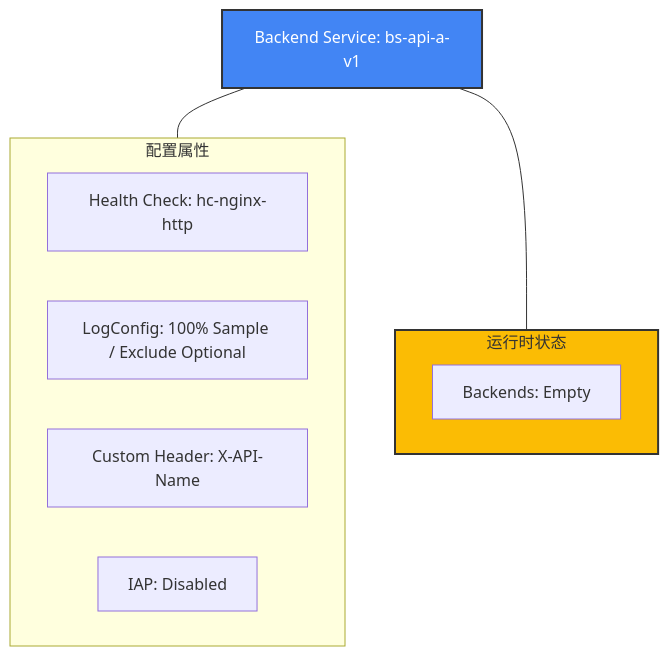
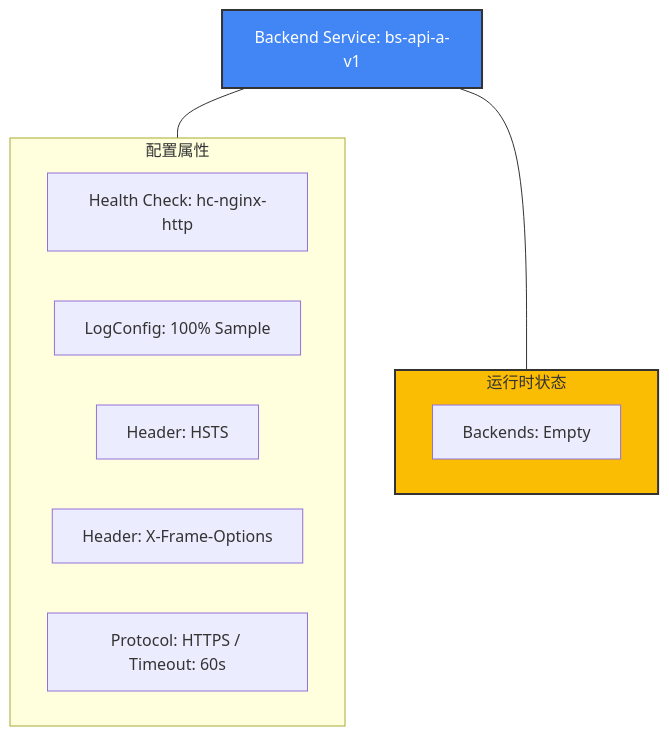
The diagram in gcp/cloud-armor/dedicated-armor/create-backendservice.md (aibangjuxin/knowledge), drawn with Mermaid before and after one commit. The commit also changed other lines of this file and 1 other file, not shown here.

Commit message:
This is for my macOS git push or pull at Fri Jan 30 11:24:14 CST 2026. Last changed file: nginx/buffer/client_header_buffer_size.md

````diff
--- a/gcp/cloud-armor/dedicated-armor/create-backendservice.md
+++ b/gcp/cloud-armor/dedicated-armor/create-backendservice.md
@@ -79,21 +84,22 @@
 ```mermaid
 graph TD
     BS[Backend Service: bs-api-a-v1]
     
     subgraph Properties [配置属性]
         HC[Health Check: hc-nginx-http]
-        Log[LogConfig: 100% Sample / Exclude Optional]
-        Header[Custom Header: X-API-Name]
-        IAP[IAP: Disabled]
+        Log[LogConfig: 100% Sample]
+        Header1[Header: HSTS]
+        Header2[Header: X-Frame-Options]
+        Proto[Protocol: HTTPS / Timeout: 60s]
     end
 
     subgraph Runtime [运行时状态]
         BE[Backends: Empty]
     end
 
     BS --- Properties
     BS --- Runtime
     
     style BS fill:#4285F4,stroke:#333,stroke-width:2px,color:#fff
     style Runtime fill:#fbbc04,stroke:#333,stroke-width:2px
 ```
````
